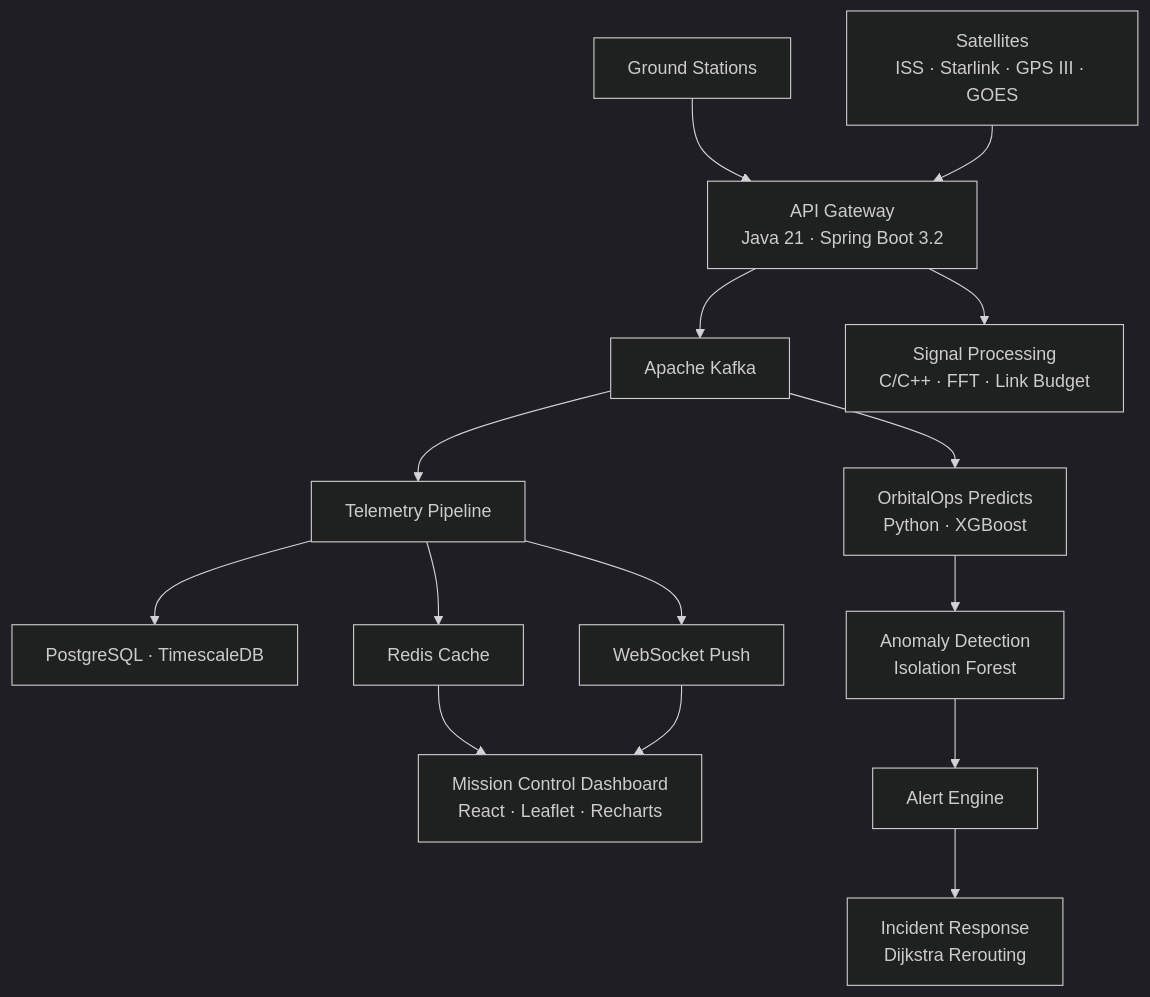
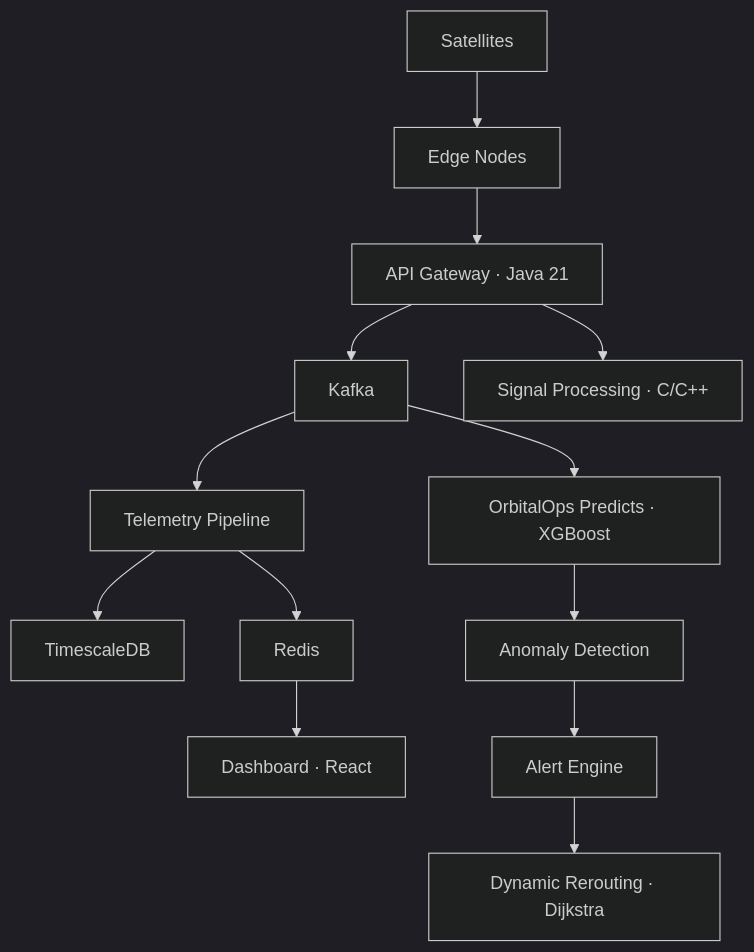
The diagram in README.md (aryanputta/orbitlink), drawn with Mermaid (dark theme) before and after one commit. The commit also changed other lines of this file and 5 other files, not shown here.

````diff
--- a/README.md
+++ b/README.md
@@ -23,17 +48,15 @@
 ```mermaid
 graph TD
-    GS["Ground Stations"] --> API["API Gateway<br/>Java 21 · Spring Boot 3.2"]
-    SAT["Satellites<br/>ISS · Starlink · GPS III · GOES"] --> API
-    API --> K["Apache Kafka"]
+    SAT["Satellites"] --> EDGE["Edge Nodes"]
+    EDGE --> API["API Gateway · Java 21"]
+    API --> K["Kafka"]
     K --> TP["Telemetry Pipeline"]
-    TP --> PG["PostgreSQL · TimescaleDB"]
-    TP --> R["Redis Cache"]
-    TP --> WS["WebSocket Push"]
-    K --> OP["OrbitalOps Predicts<br/>Python · XGBoost"]
-    OP --> AD["Anomaly Detection<br/>Isolation Forest"]
+    TP --> DB["TimescaleDB"]
+    TP --> R["Redis"]
+    K --> ML["OrbitalOps Predicts · XGBoost"]
+    ML --> AD["Anomaly Detection"]
     AD --> AE["Alert Engine"]
-    AE --> IR["Incident Response<br/>Dijkstra Rerouting"]
-    API --> SP["Signal Processing<br/>C/C++ · FFT · Link Budget"]
-    WS --> UI["Mission Control Dashboard<br/>React · Leaflet · Recharts"]
-    R --> UI
+    AE --> RT["Dynamic Rerouting · Dijkstra"]
+    R --> UI["Dashboard · React"]
+    API --> SP["Signal Processing · C/C++"]
 ```
````
